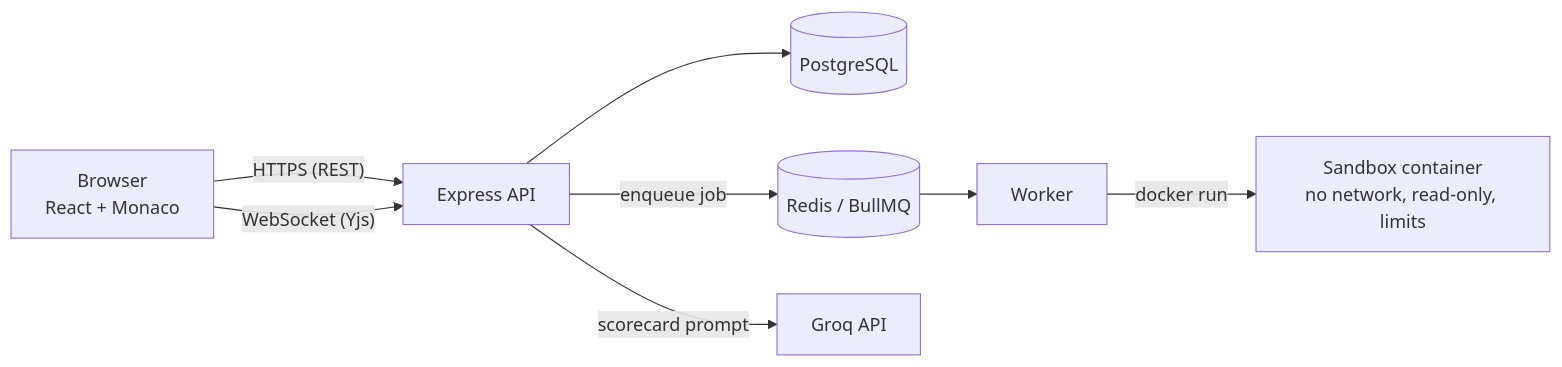
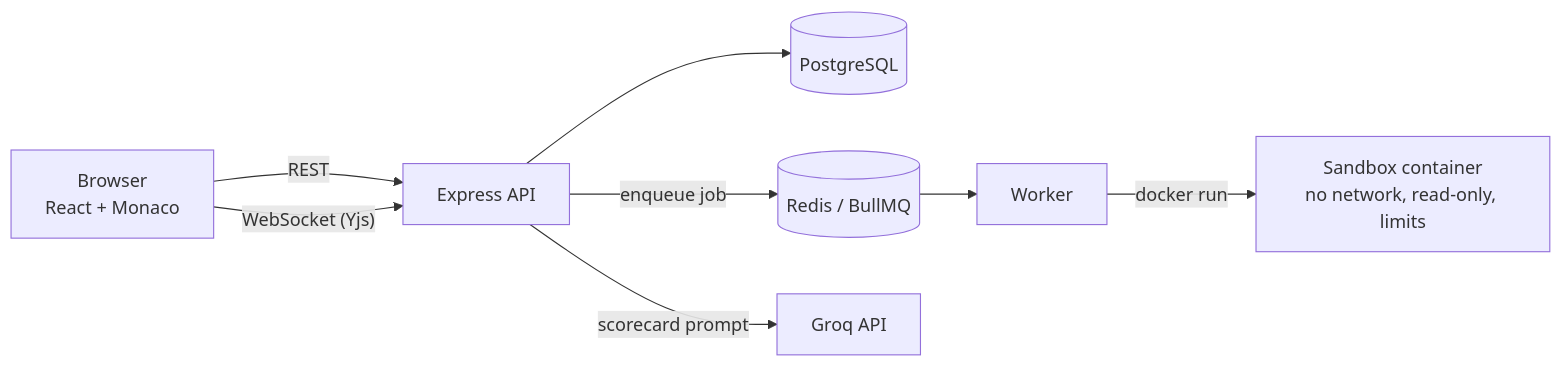
The diagram in README.md (Rudra2004-dev/coderoom), drawn with Mermaid before and after one commit. The commit also changed other lines of this file and 4 other files, not shown here.

````diff
--- a/README.md
+++ b/README.md
@@ -33,10 +35,10 @@
 ```mermaid
 flowchart LR
-  B["Browser<br/>React + Monaco"] -- "HTTPS (REST)" --> API["Express API"]
+  B["Browser<br/>React + Monaco"] -- "REST" --> API["Express API"]
   B -- "WebSocket (Yjs)" --> API
   API --> PG[("PostgreSQL")]
   API -- "enqueue job" --> R[("Redis / BullMQ")]
   R --> W["Worker"]
   W -- "docker run" --> S["Sandbox container<br/>no network, read-only, limits"]
   API -- "scorecard prompt" --> G["Groq API"]
 ```
````
